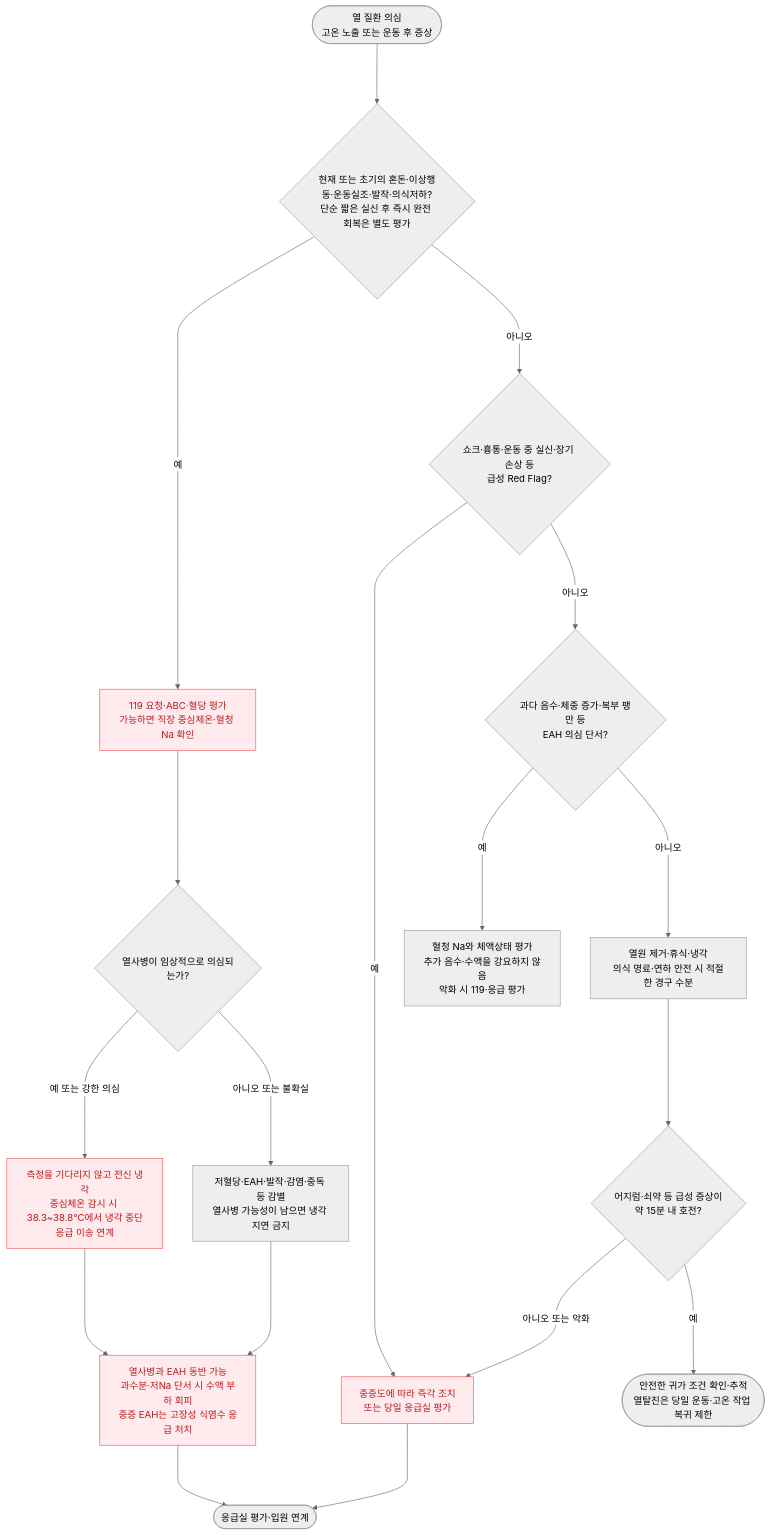
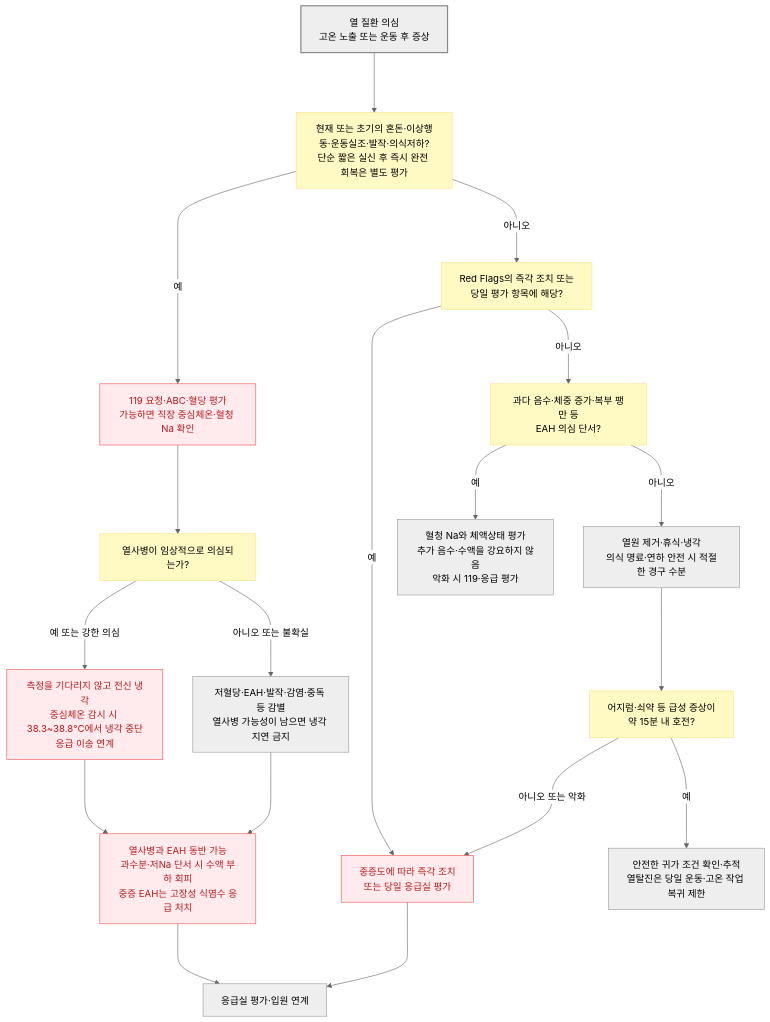
The diagram in 230_/205_-heat-illness.md (familyoh77/familyoh77), drawn with Mermaid (neutral theme) before and after one commit. The commit also changed other lines of this file and 4 other files, not shown here.

````diff
--- a/230_/205_-heat-illness.md
+++ b/230_/205_-heat-illness.md
@@ -117,22 +113,25 @@
 ```mermaid
 flowchart TD
-    A(["열 질환 의심<br>고온 노출 또는 운동 후 증상"]) ---> B{"현재 또는 초기의 혼돈·이상행동·운동실조·발작·의식저하?<br>단순 짧은 실신 후 즉시 완전 회복은 별도 평가"}
-    B --->|예| C["119 요청·ABC·혈당 평가<br>가능하면 직장 중심체온·혈청 Na 확인"]
-    C ---> D{"열사병이 임상적으로 의심되는가?"}
-    D --->|예 또는 강한 의심| E["측정을 기다리지 않고 전신 냉각<br>중심체온 감시 시 38.3~38.8℃에서 냉각 중단<br>응급 이송 연계"]
-    D --->|아니오 또는 불확실| F["저혈당·EAH·발작·감염·중독 등 감별<br>열사병 가능성이 남으면 냉각 지연 금지"]
+    A["열 질환 의심<br>고온 노출 또는 운동 후 증상"] ---> B["현재 또는 초기의 혼돈·이상행동·운동실조·발작·의식저하?<br>단순 짧은 실신 후 즉시 완전 회복은 별도 평가"]
+    B --->|"예"| C["119 요청·ABC·혈당 평가<br>가능하면 직장 중심체온·혈청 Na 확인"]
+    C ---> D["열사병이 임상적으로 의심되는가?"]
+    D --->|"예 또는 강한 의심"| E["측정을 기다리지 않고 전신 냉각<br>중심체온 감시 시 38.3~38.8℃에서 냉각 중단<br>응급 이송 연계"]
+    D --->|"아니오 또는 불확실"| F["저혈당·EAH·발작·감염·중독 등 감별<br>열사병 가능성이 남으면 냉각 지연 금지"]
     E ---> X["열사병과 EAH 동반 가능<br>과수분·저Na 단서 시 수액 부하 회피<br>중증 EAH는 고장성 식염수 응급 처치"]
     F ---> X
-    B --->|아니오| G{"쇼크·흉통·운동 중 실신·장기 손상 등<br>급성 Red Flag?"}
-    G --->|예| H["중증도에 따라 즉각 조치<br>또는 당일 응급실 평가"]
-    G --->|아니오| Y{"과다 음수·체중 증가·복부 팽만 등<br>EAH 의심 단서?"}
-    Y --->|예| Z["혈청 Na와 체액상태 평가<br>추가 음수·수액을 강요하지 않음<br>악화 시 119·응급 평가"]
-    Y --->|아니오| I["열원 제거·휴식·냉각<br>의식 명료·연하 안전 시 적절한 경구 수분"]
-    I ---> J{"어지럼·쇠약 등 급성 증상이<br>약 15분 내 호전?"}
-    J --->|아니오 또는 악화| H
-    J --->|예| K(["안전한 귀가 조건 확인·추적<br>열탈진은 당일 운동·고온 작업 복귀 제한"])
-    X ---> L(["응급실 평가·입원 연계"])
+    B --->|"아니오"| G["Red Flags의 즉각 조치 또는<br>당일 평가 항목에 해당?"]
+    G --->|"예"| H["중증도에 따라 즉각 조치<br>또는 당일 응급실 평가"]
+    G --->|"아니오"| Y["과다 음수·체중 증가·복부 팽만 등<br>EAH 의심 단서?"]
+    Y --->|"예"| Z["혈청 Na와 체액상태 평가<br>추가 음수·수액을 강요하지 않음<br>악화 시 119·응급 평가"]
+    Y --->|"아니오"| I["열원 제거·휴식·냉각<br>의식 명료·연하 안전 시 적절한 경구 수분"]
+    I ---> J["어지럼·쇠약 등 급성 증상이<br>약 15분 내 호전?"]
+    J --->|"아니오 또는 악화"| H
+    J --->|"예"| K["안전한 귀가 조건 확인·추적<br>열탈진은 당일 운동·고온 작업 복귀 제한"]
+    X ---> L["응급실 평가·입원 연계"]
     H ---> L
     classDef emergency fill:#ffebee,stroke:#ef5350,color:#b71c1c;
+    classDef question fill:#fff9c4,stroke:#ffe082;
     class C,E,H,X emergency;
+    class B,D,G,Y,J question;
+    style A fill:#eeeeee,stroke:#888888,stroke-width:2px
 ```
````
